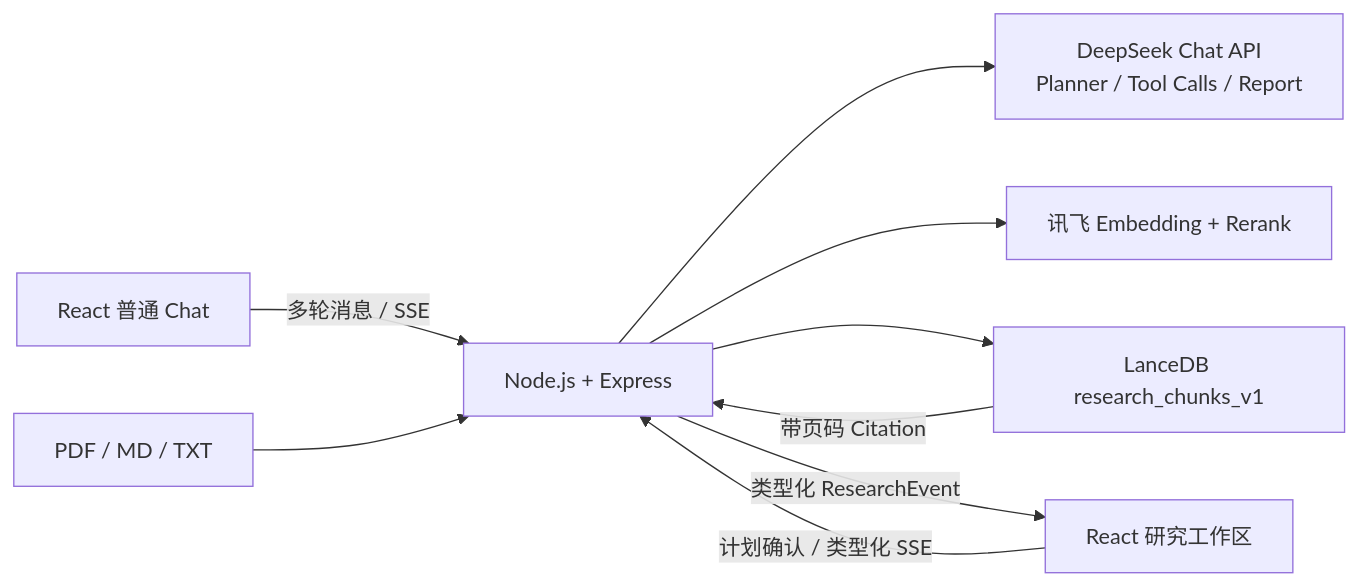
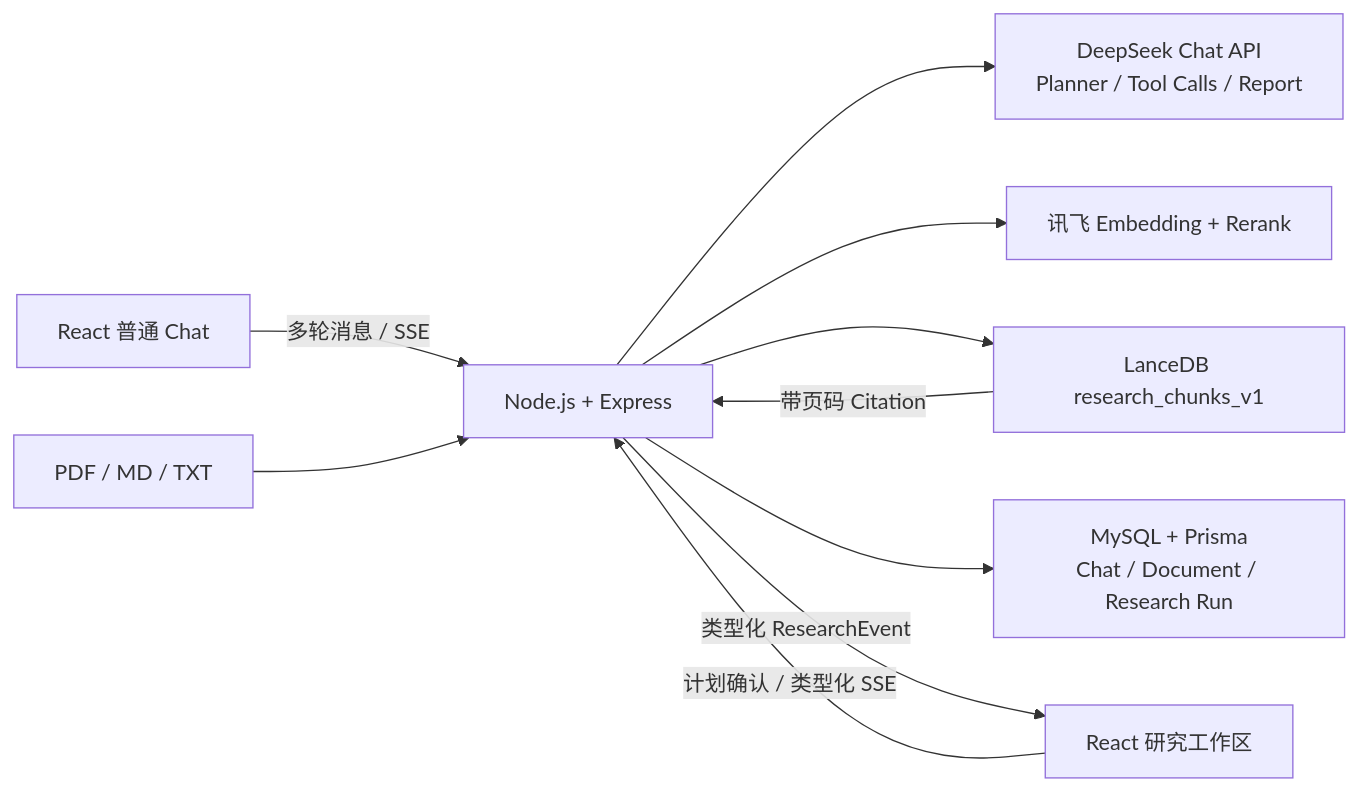
The diagram in README.md (12SA3/research-agent), drawn with Mermaid before and after one commit. The commit also changed other lines of this file and 26 other files, not shown here.

````diff
--- a/README.md
+++ b/README.md
@@ -17,11 +18,12 @@
 ```mermaid
 flowchart LR
   CHAT["React 普通 Chat"] -->|"多轮消息 / SSE"| API["Node.js + Express"]
   UI["React 研究工作区"] -->|"计划确认 / 类型化 SSE"| API
   API --> DS["DeepSeek Chat API\nPlanner / Tool Calls / Report"]
   API --> XF["讯飞 Embedding + Rerank"]
   API --> LD["LanceDB research_chunks_v1"]
+  API --> MYSQL["MySQL + Prisma\nChat / Document / Research Run"]
   DOC["PDF / MD / TXT"] --> API
   LD -->|"带页码 Citation"| API
   API -->|"类型化 ResearchEvent"| UI
 ```
````
